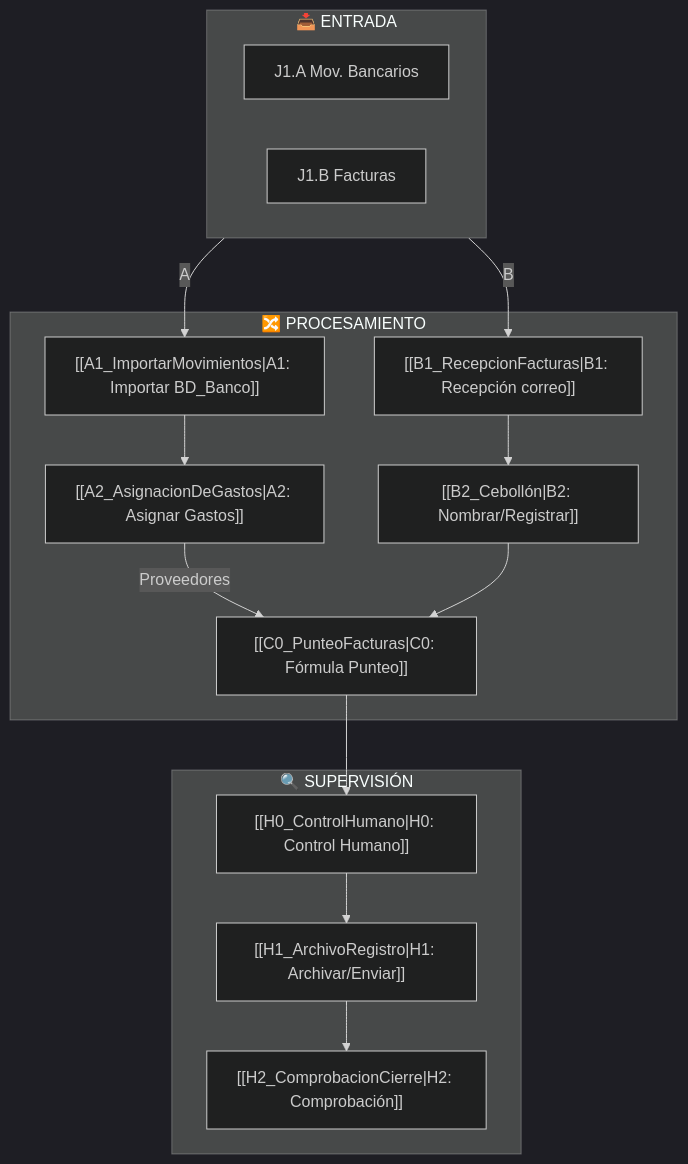
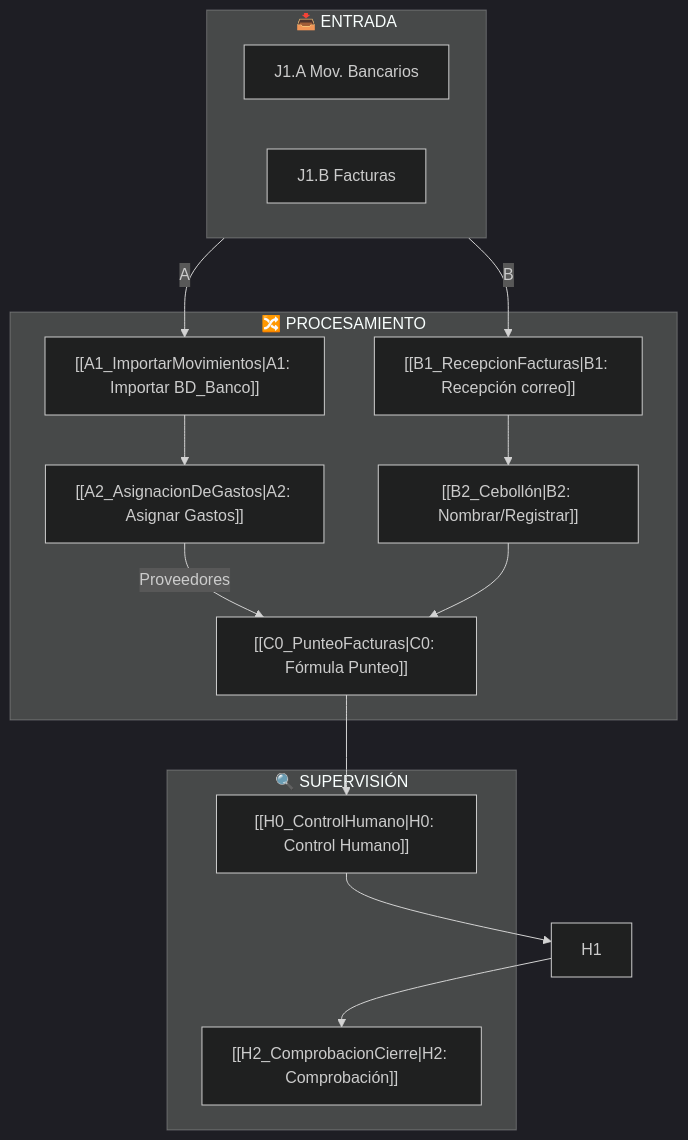
Before and after one commit to osarcuTech/TheoryTesting: the diagram in 00_MOC_Norgenic_Financiera.md, drawn with Mermaid (dark theme). The commit also changed other lines of this file and 24 other files, not shown here.

````diff
--- a/00_MOC_Norgenic_Financiera.md
+++ b/00_MOC_Norgenic_Financiera.md
@@ -105,31 +90,30 @@
 ```mermaid
 graph TB
     subgraph Input["📥 ENTRADA"]
         J1A["J1.A Mov. Bancarios"]
         J1B["J1.B Facturas"]
     end
     
     subgraph FlujoDatos["🔀 PROCESAMIENTO"]
         A1["[[A1_ImportarMovimientos|A1: Importar BD_Banco]]"]
         A2["[[A2_AsignacionDeGastos|A2: Asignar Gastos]]"]
         B1["[[B1_RecepcionFacturas|B1: Recepción correo]]"]
         B2["[[B2_Cebollón|B2: Nombrar/Registrar]]"]
         C0["[[C0_PunteoFacturas|C0: Fórmula Punteo]]"]
     end
     
     subgraph Control["🔍 SUPERVISIÓN"]
         H0["[[H0_ControlHumano|H0: Control Humano]]"]
-        H1["[[H1_ArchivoRegistro|H1: Archivar/Enviar]]"]
         H2["[[H2_ComprobacionCierre|H2: Comprobación]]"]
     end
     
     Input -->|A| A1
     Input -->|B| B1
     A1 --> A2
     B1 --> B2
     A2 -->|Proveedores| C0
     B2 --> C0
     C0 --> H0
     H0 --> H1
     H1 --> H2
 ```
````
